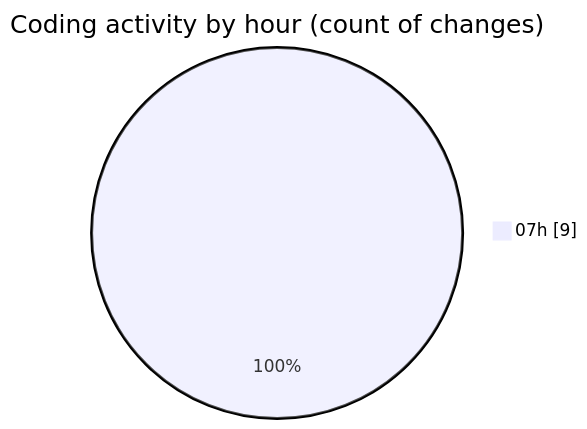
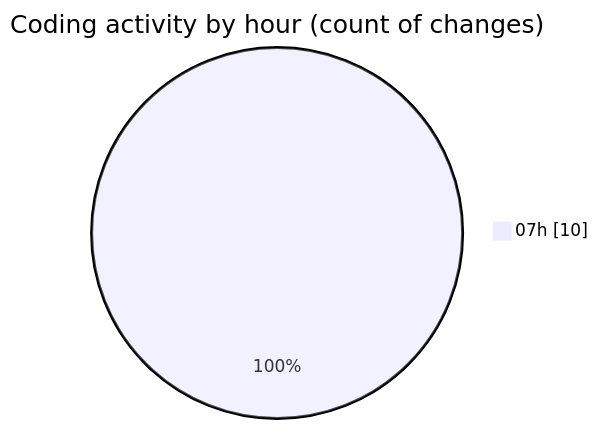
Before and after one commit to tmsrecording-cyber/code-tracking: the second of 2 diagrams in 2026-02-08/singularitybrainai/README.md, drawn with Mermaid. The commit also changed other lines of this file and 1 other file, not shown here.

````diff
--- a/2026-02-08/singularitybrainai/README.md
+++ b/2026-02-08/singularitybrainai/README.md
@@ -29,5 +29,5 @@
 ```mermaid
 pie showData
 title Coding activity by hour (count of changes)
-"07h" : 9
+"07h" : 10
 ```
````
